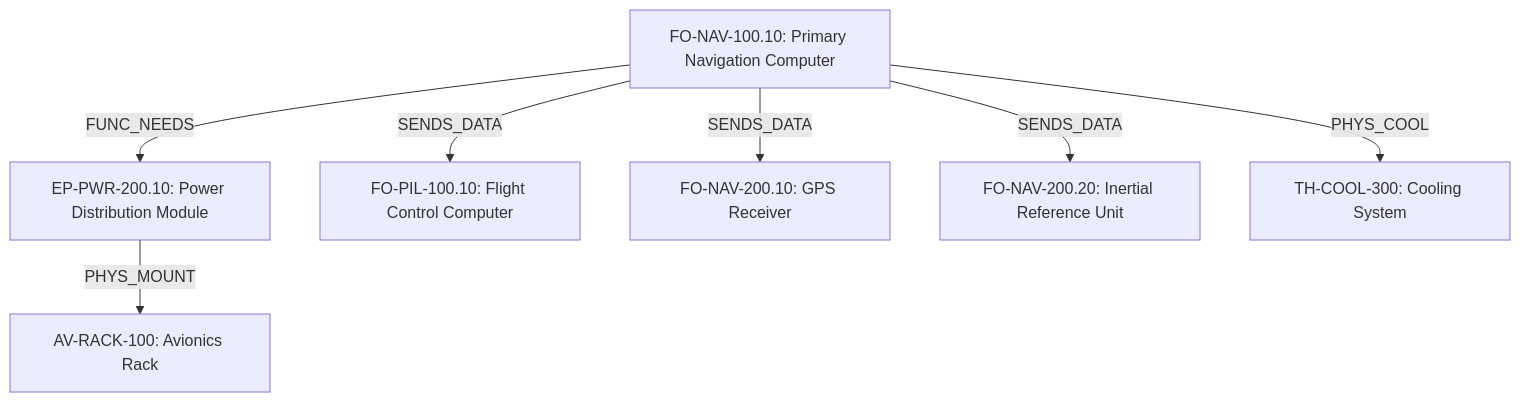
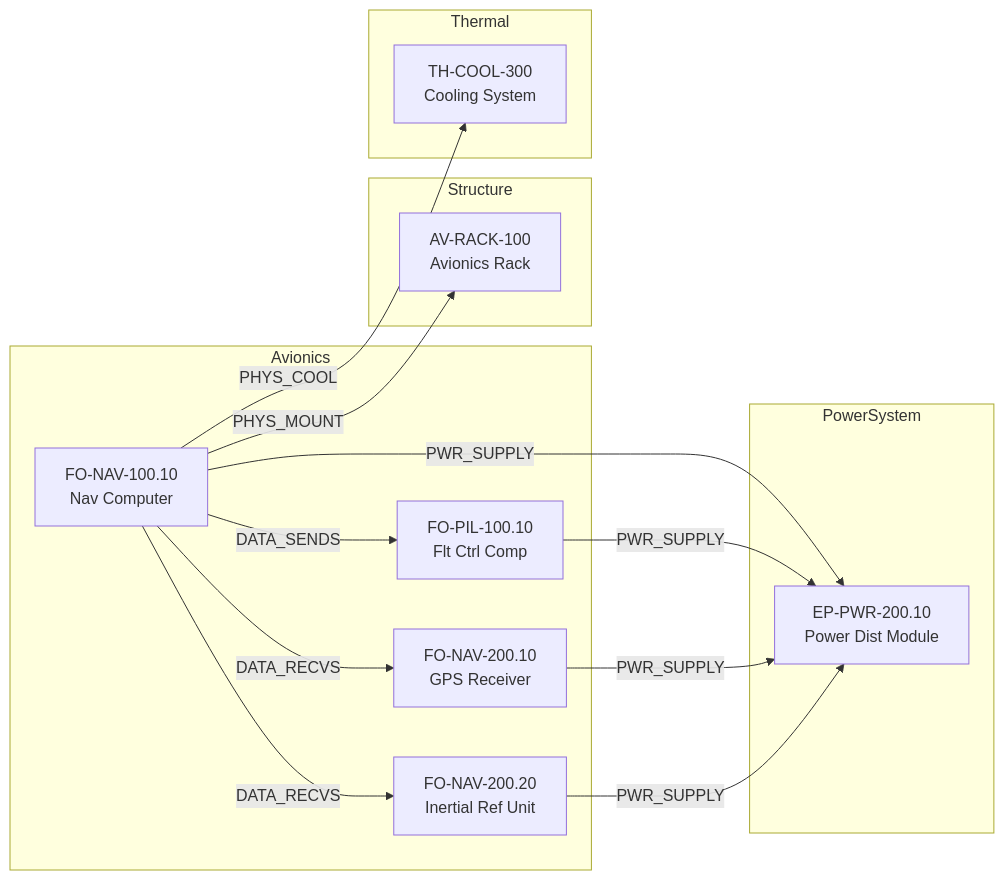
The second of 12 diagrams in README.md (ampel360/Robbbo-T), drawn with Mermaid before and after one commit. The commit also changed other lines of this file, not shown here.

````diff
--- a/README.md
+++ b/README.md
@@ -685,9 +692,28 @@
 ```mermaid
-graph TD
-    A[FO-NAV-100.10: Primary Navigation Computer] -->|FUNC_NEEDS| B[EP-PWR-200.10: Power Distribution Module]
-    A -->|SENDS_DATA| C[FO-PIL-100.10: Flight Control Computer]
-    A -->|SENDS_DATA| D[FO-NAV-200.10: GPS Receiver]
-    A -->|SENDS_DATA| E[FO-NAV-200.20: Inertial Reference Unit]
-    B -->|PHYS_MOUNT| F[AV-RACK-100: Avionics Rack]
-    A -->|PHYS_COOL| G[TH-COOL-300: Cooling System]
+graph LR
+    subgraph Avionics
+        A[FO-NAV-100.10<br>Nav Computer]
+        C[FO-PIL-100.10<br>Flt Ctrl Comp]
+        G[FO-NAV-200.10<br>GPS Receiver]
+        H[FO-NAV-200.20<br>Inertial Ref Unit]
+    end
+    subgraph PowerSystem
+        B[EP-PWR-200.10<br>Power Dist Module]
+    end
+    subgraph Structure
+        D[AV-RACK-100<br>Avionics Rack]
+    end
+    subgraph Thermal
+        F[TH-COOL-300<br>Cooling System]
+    end
+
+    A -- "PWR_SUPPLY" --> B;
+    A -- "DATA_RECVS" --> G;
+    A -- "DATA_RECVS" --> H;
+    A -- "DATA_SENDS" --> C;
+    A -- "PHYS_MOUNT" --> D;
+    A -- "PHYS_COOL" --> F;
+    C -- "PWR_SUPPLY" --> B;
+    G -- "PWR_SUPPLY" --> B;
+    H -- "PWR_SUPPLY" --> B;
 ```
````
